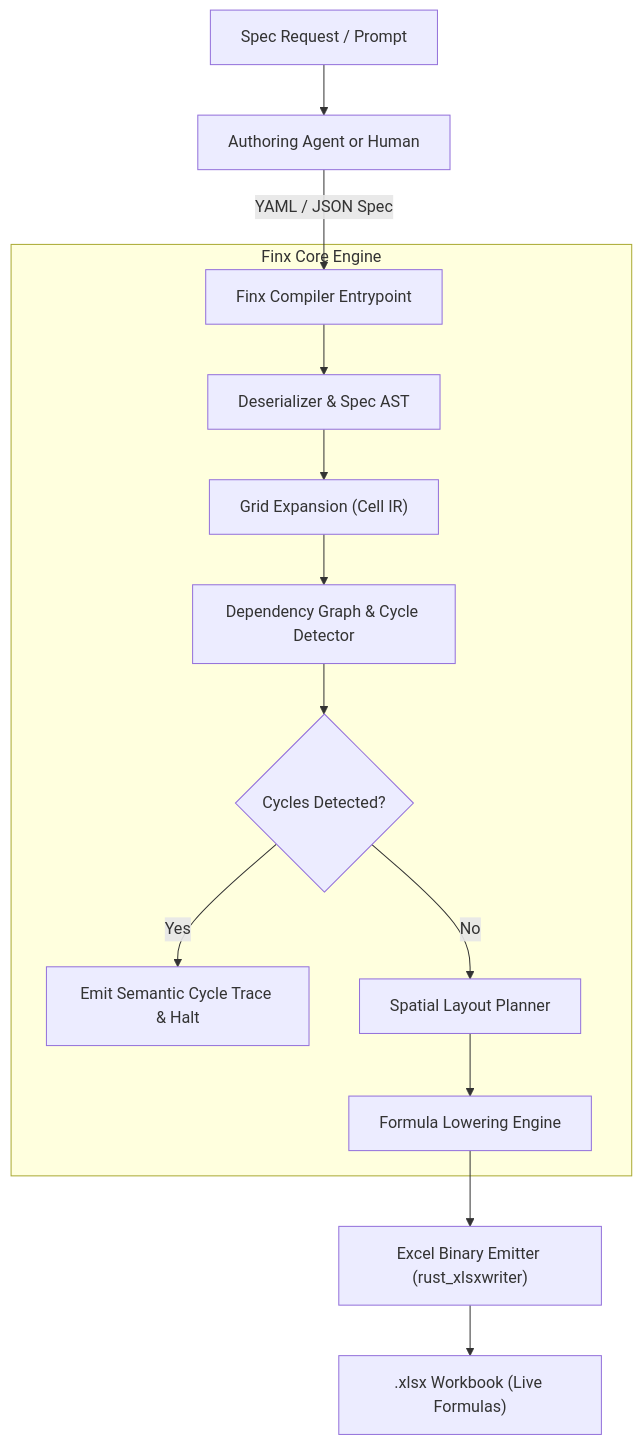
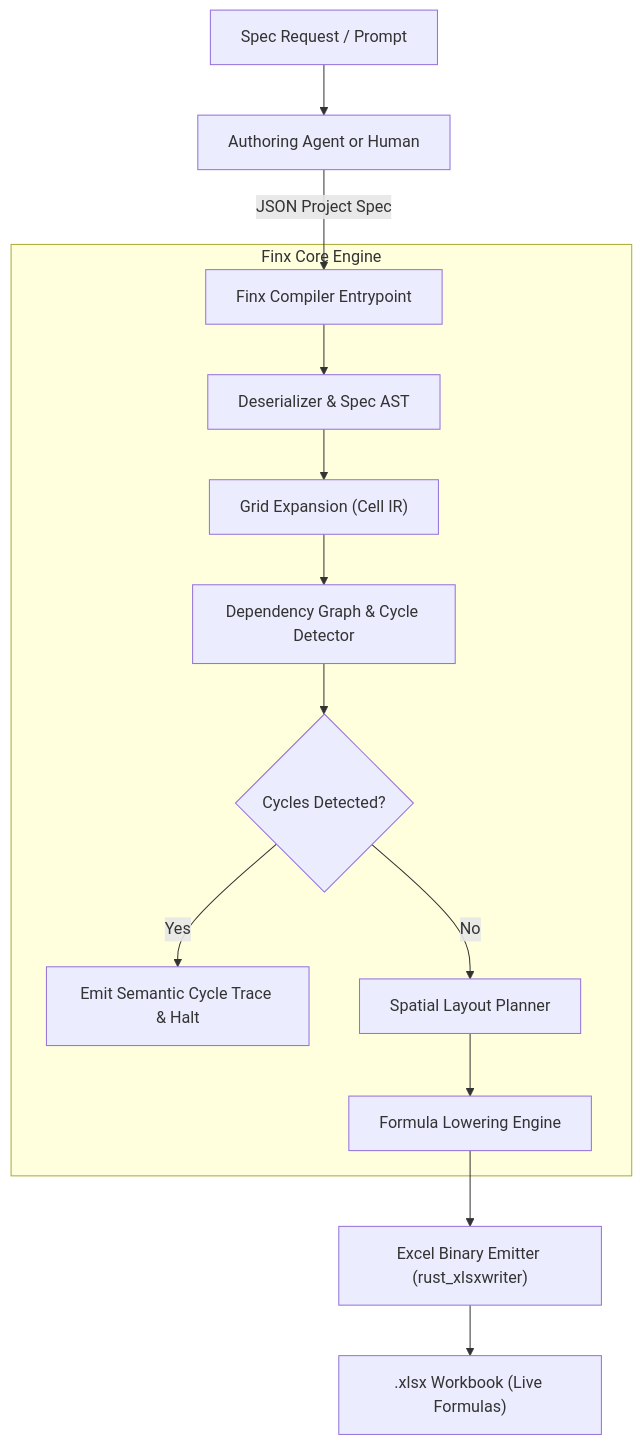
Before and after one commit to mhcfa/f8: the first of 2 diagrams in docs/architecture.md, drawn with Mermaid. The commit also changed other lines of this file and 5 other files, not shown here.

First line of the commit message:
docs(dsl): update spec format, grammar, and compiler specifications

````diff
--- a/docs/architecture.md
+++ b/docs/architecture.md
@@ -17,18 +17,18 @@
 ```mermaid
 flowchart TD
     A["Spec Request / Prompt"] --> B["Authoring Agent or Human"]
-    B -->|"YAML / JSON Spec"| C["Finx Compiler Entrypoint"]
+    B -->|"JSON Project Spec"| C["Finx Compiler Entrypoint"]
 
     subgraph Compiler ["Finx Core Engine"]
         C --> D["Deserializer & Spec AST"]
         D --> E["Grid Expansion (Cell IR)"]
         E --> F["Dependency Graph & Cycle Detector"]
         F --> G{"Cycles Detected?"}
         G -->|"Yes"| H["Emit Semantic Cycle Trace & Halt"]
         G -->|"No"| I["Spatial Layout Planner"]
         I --> J["Formula Lowering Engine"]
     end
 
     J --> K["Excel Binary Emitter (rust_xlsxwriter)"]
     K --> L[".xlsx Workbook (Live Formulas)"]
 ```
````
